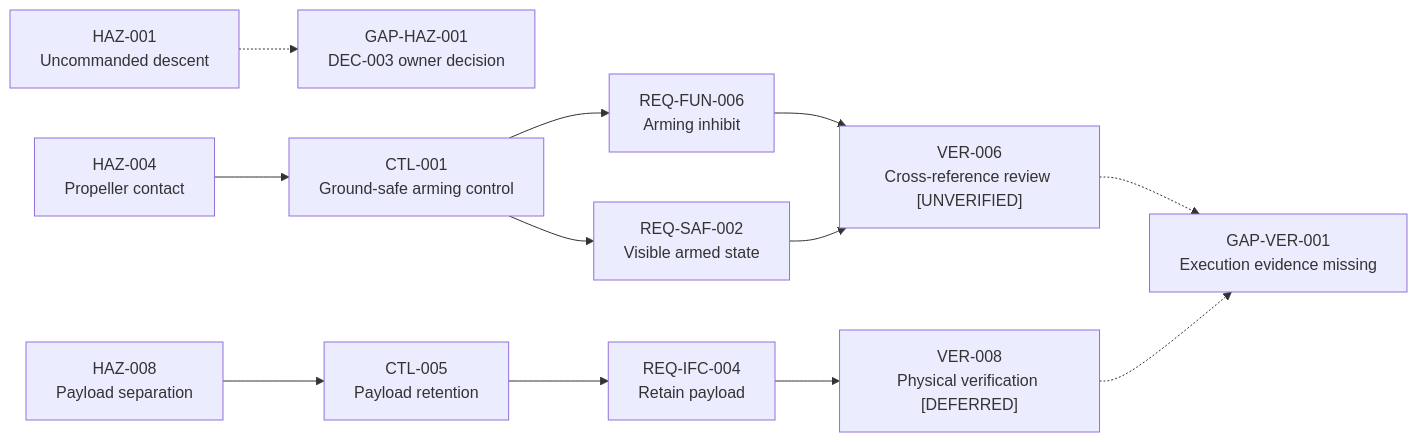
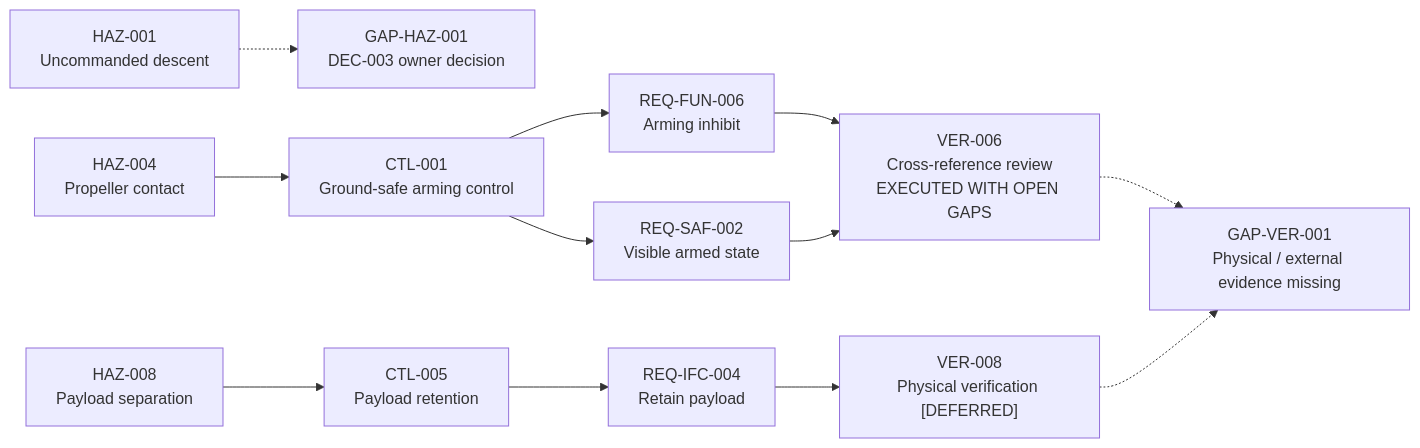
One commit to noahstephenson/low-cost-relay-uas changed diagram 12 of 13 in architecture.md. Above: the diagram before and after it, drawn with Mermaid. The commit also changed other lines of this file and 11 other files, not shown here.

Commit message:
Record internal architecture verification baseline

````diff
--- a/architecture.md
+++ b/architecture.md
@@ -286,15 +324,15 @@
 ```mermaid
 flowchart LR
     %% Configuration scope: CFG-REP / CFG-DOM
     HAZ_001["HAZ-001<br/>Uncommanded descent"] -.-> GAP_HAZ_001["GAP-HAZ-001<br/>DEC-003 owner decision"]
     HAZ_004["HAZ-004<br/>Propeller contact"] --> CTL_001["CTL-001<br/>Ground-safe arming control"]
     CTL_001 --> REQ_FUN_006["REQ-FUN-006<br/>Arming inhibit"]
     CTL_001 --> REQ_SAF_002["REQ-SAF-002<br/>Visible armed state"]
-    REQ_FUN_006 --> VER_006["VER-006<br/>Cross-reference review [UNVERIFIED]"]
+    REQ_FUN_006 --> VER_006["VER-006<br/>Cross-reference review<br/>EXECUTED WITH OPEN GAPS"]
     REQ_SAF_002 --> VER_006
-    VER_006 -.-> GAP_VER_001["GAP-VER-001<br/>Execution evidence missing"]
+    VER_006 -.-> GAP_VER_001["GAP-VER-001<br/>Physical / external evidence missing"]
     HAZ_008["HAZ-008<br/>Payload separation"] --> CTL_005["CTL-005<br/>Payload retention"]
     CTL_005 --> REQ_IFC_004["REQ-IFC-004<br/>Retain payload"]
     REQ_IFC_004 --> VER_008["VER-008<br/>Physical verification [DEFERRED]"]
     VER_008 -.-> GAP_VER_001
 ```
````
